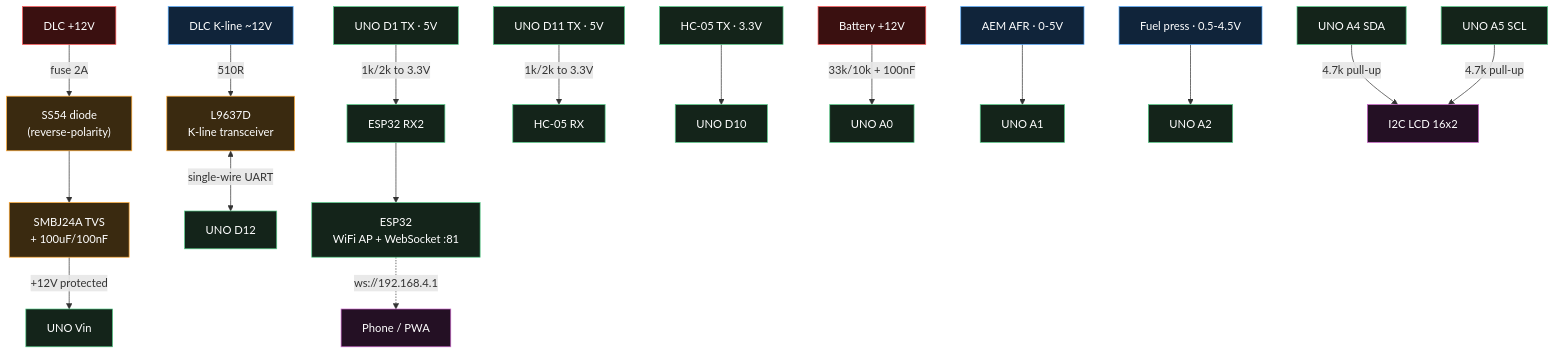
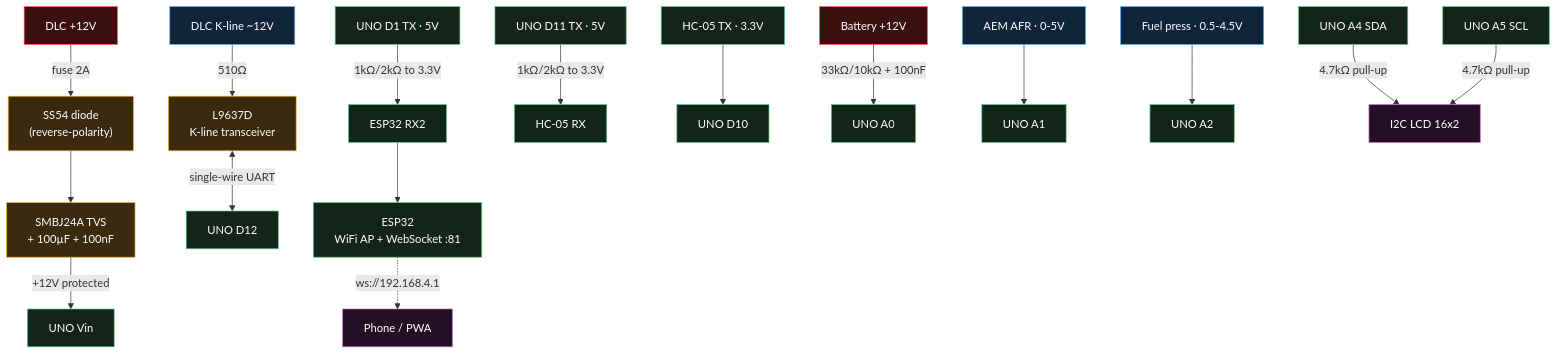
One commit to softr8/ArduinoHondaOBD changed the diagram in README.md. Above: the diagram before and after it, drawn with Mermaid. The commit also changed other lines of this file and 5 other files, not shown here.

First line of the commit message:
docs(schematic): generate Mermaid + schemdraw from one source of truth

````diff
--- a/README.md
+++ b/README.md
@@ -76,33 +85,49 @@
 ```mermaid
 flowchart TB
-  %% power in + protection
-  V12["DLC +12V"]:::pwr -->|"fuse 2A"| DI["SS54 diode<br/>(reverse-polarity)"]:::prot
-  DI --> TV["SMBJ24A TVS<br/>+ 100uF/100nF"]:::prot
-  TV -->|"+12V protected"| VIN["UNO Vin"]:::mcu
-  KL["DLC K-line ~12V"]:::sig -->|"510R"| LX["L9637D<br/>K-line transceiver"]:::prot
-  LX <-->|"single-wire UART"| D12["UNO D12"]:::mcu
+  V12["DLC +12V"]:::pwr
+  DI["SS54 diode<br/>(reverse-polarity)"]:::prot
+  TV["SMBJ24A TVS<br/>+ 100µF + 100nF"]:::prot
+  VIN["UNO Vin"]:::mcu
+  KL["DLC K-line ~12V"]:::sig
+  LX["L9637D<br/>K-line transceiver"]:::prot
+  D12["UNO D12"]:::mcu
+  D1["UNO D1 TX · 5V"]:::mcu
+  ER["ESP32 RX2"]:::mcu
+  ESP["ESP32<br/>WiFi AP + WebSocket :81"]:::mcu
+  PH["Phone / PWA"]:::ext
+  D11["UNO D11 TX · 5V"]:::mcu
+  HRX["HC-05 RX"]:::mcu
+  HTX["HC-05 TX · 3.3V"]:::mcu
+  D10["UNO D10"]:::mcu
+  VB["Battery +12V"]:::pwr
+  A0["UNO A0"]:::mcu
+  AFR["AEM AFR · 0-5V"]:::sig
+  A1["UNO A1"]:::mcu
+  FP["Fuel press · 0.5-4.5V"]:::sig
+  A2["UNO A2"]:::mcu
+  A4["UNO A4 SDA"]:::mcu
+  A5["UNO A5 SCL"]:::mcu
+  LCD["I2C LCD 16x2"]:::ext
 
-  %% wifi co-processor
-  D1["UNO D1 TX · 5V"]:::mcu -->|"1k/2k to 3.3V"| ER["ESP32 RX2"]:::mcu
-  ER --> ESP["ESP32<br/>WiFi AP + WebSocket :81"]:::mcu
-  ESP -.->|"ws://192.168.4.1"| PH["Phone / PWA"]:::ext
+  V12 -->|"fuse 2A"| DI
+  DI --> TV
+  TV -->|"+12V protected"| VIN
+  KL -->|"510Ω"| LX
+  LX <-->|"single-wire UART"| D12
+  D1 -->|"1kΩ/2kΩ to 3.3V"| ER
+  ER --> ESP
+  ESP -.->|"ws://192.168.4.1"| PH
+  D11 -->|"1kΩ/2kΩ to 3.3V"| HRX
+  HTX --> D10
+  VB -->|"33kΩ/10kΩ + 100nF"| A0
+  AFR --> A1
+  FP --> A2
+  A4 -->|"4.7kΩ pull-up"| LCD
+  A5 -->|"4.7kΩ pull-up"| LCD
 
-  %% bluetooth (torque)
-  D11["UNO D11 TX · 5V"]:::mcu -->|"1k/2k to 3.3V"| HRX["HC-05 RX"]:::mcu
-  HTX["HC-05 TX · 3.3V"]:::mcu --> D10["UNO D10"]:::mcu
-
-  %% analog sensors
-  VB["Battery +12V"]:::pwr -->|"33k/10k + 100nF"| A0["UNO A0"]:::mcu
-  AFR["AEM AFR · 0-5V"]:::sig --> A1["UNO A1"]:::mcu
-  FP["Fuel press · 0.5-4.5V"]:::sig --> A2["UNO A2"]:::mcu
-
-  %% i2c lcd
-  A4["UNO A4 SDA"]:::mcu -->|"4.7k pull-up"| LCD["I2C LCD 16x2"]:::ext
-  A5["UNO A5 SCL"]:::mcu -->|"4.7k pull-up"| LCD
-
-  classDef pwr  fill:#3a1010,stroke:#ff5555,color:#fff;
-  classDef sig  fill:#10243a,stroke:#55aaff,color:#fff;
+  classDef pwr fill:#3a1010,stroke:#ff5555,color:#fff;
+  classDef sig fill:#10243a,stroke:#55aaff,color:#fff;
   classDef prot fill:#3a2a10,stroke:#ffaa33,color:#fff;
-  classDef mcu  fill:#14241a,stroke:#55cc88,color:#fff;
-  classDef ext  fill:#241024,stroke:#cc66cc,color:#fff;
+  classDef mcu fill:#14241a,stroke:#55cc88,color:#fff;
+  classDef ext fill:#241024,stroke:#cc66cc,color:#fff;
 ```
````
